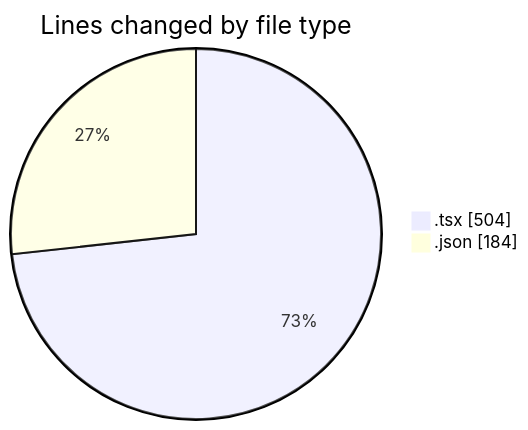
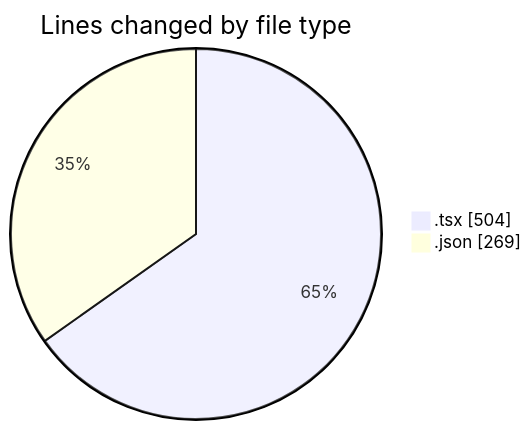
Before and after one commit to momahboobian/code-tracking: the first of 2 diagrams in 2026-01-09/cda/README.md, drawn with Mermaid. The commit also changed other lines of this file and 1 other file, not shown here.

````diff
--- a/2026-01-09/cda/README.md
+++ b/2026-01-09/cda/README.md
@@ -22,6 +23,6 @@
 ```mermaid
 pie showData
 title Lines changed by file type
 ".tsx" : 504
-".json" : 184
+".json" : 269
 ```
````
